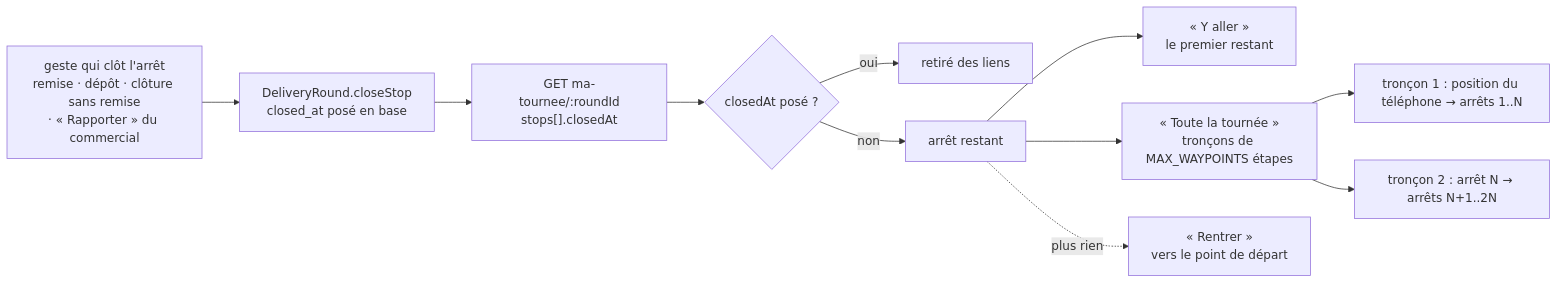
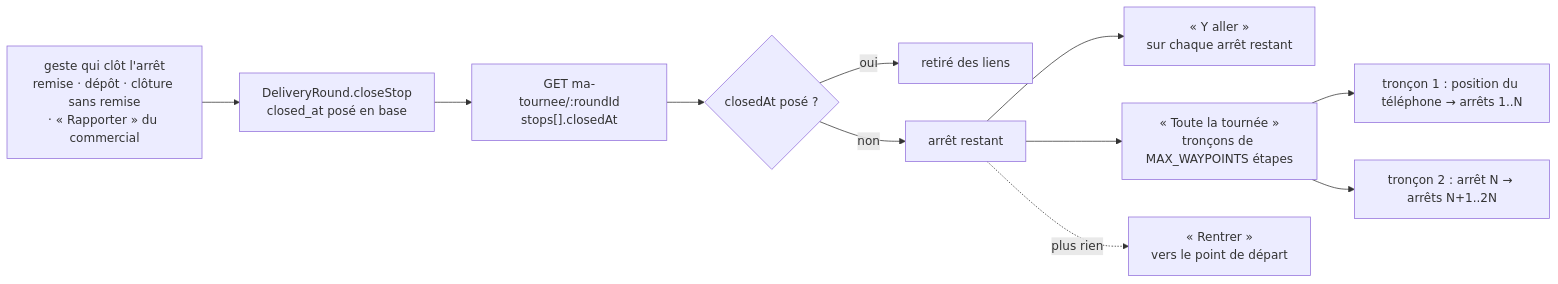
Before and after one commit to hugoheynard/lfd: the first of 4 diagrams in documentation/livraisons/gps-y-aller-et-position.md, drawn with Mermaid. The commit also changed other lines of this file and 31 other files, not shown here.

````diff
--- a/documentation/livraisons/gps-y-aller-et-position.md
+++ b/documentation/livraisons/gps-y-aller-et-position.md
@@ -34,13 +38,13 @@
 ```mermaid
 flowchart LR
   G["geste qui clôt l'arrêt<br/>remise · dépôt · clôture sans remise<br/>· « Rapporter » du commercial"] --> C["DeliveryRound.closeStop<br/>closed_at posé en base"]
   C --> V["GET ma-tournee/:roundId<br/>stops[].closedAt"]
   V --> F{"closedAt posé ?"}
   F -- oui --> X["retiré des liens"]
   F -- non --> K["arrêt restant"]
-  K --> N["« Y aller »<br/>le premier restant"]
+  K --> N["« Y aller »<br/>sur chaque arrêt restant"]
   K --> T["« Toute la tournée »<br/>tronçons de MAX_WAYPOINTS étapes"]
   T --> T1["tronçon 1 : position du téléphone → arrêts 1..N"]
   T --> T2["tronçon 2 : arrêt N → arrêts N+1..2N"]
   K -. "plus rien" .-> H["« Rentrer »<br/>vers le point de départ"]
 ```
````
